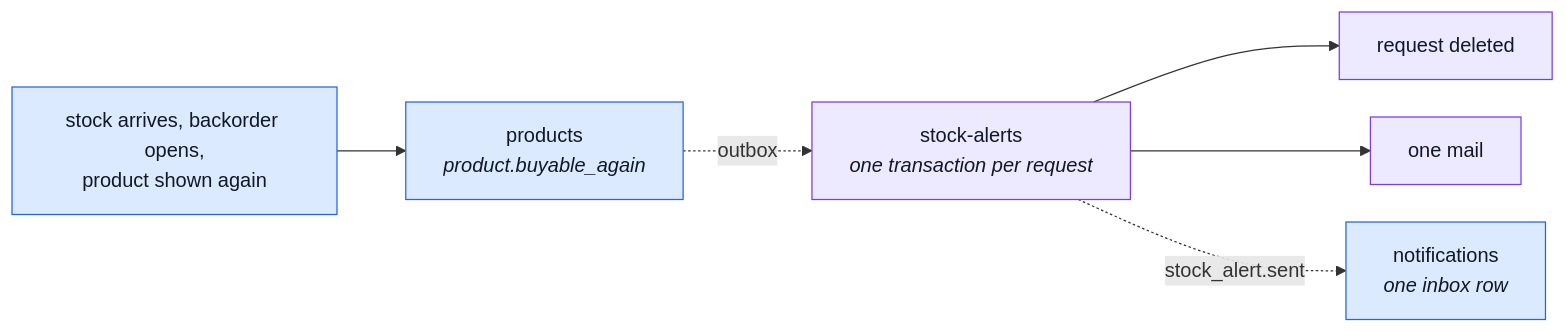
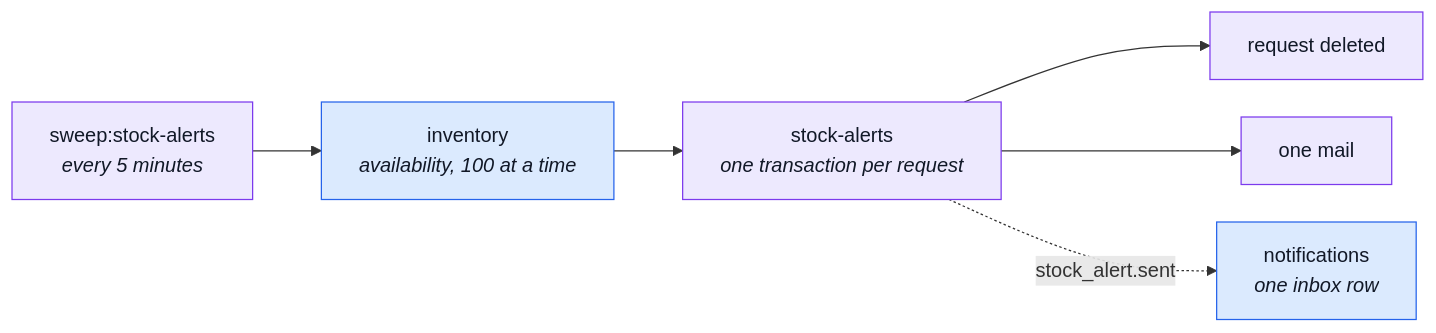
Before and after one commit to Guebbit/boilerplate-node-backend: the second of 2 diagrams in docs/modules/stock-alerts.md, drawn with Mermaid. The commit also changed other lines of this file and 97 other files, not shown here.

First line of the commit message:
refactor(products): drop the stock copy; stock-alerts asks inventory on a 5-minute sweep

````diff
--- a/docs/modules/stock-alerts.md
+++ b/docs/modules/stock-alerts.md
@@ -91,14 +93,14 @@
 ```mermaid
 %%{init: {'flowchart': {'nodeSpacing': 30, 'rankSpacing': 55}}}%%
 flowchart LR
-    S["stock arrives, backorder opens,<br/>product shown again"] --> P["products<br/><i>product.buyable_again</i>"]
-    P -. "outbox" .-> A["stock-alerts<br/><i>one transaction per request</i>"]
+    J["sweep:stock-alerts<br/><i>every 5 minutes</i>"] --> I["inventory<br/><i>availability, 100 at a time</i>"]
+    I --> A["stock-alerts<br/><i>one transaction per request</i>"]
     A --> D["request deleted"]
     A --> M["one mail"]
     A -. "stock_alert.sent" .-> N["notifications<br/><i>one inbox row</i>"]
 
     classDef own fill:#ede9fe,stroke:#7c3aed,color:#111827;
     classDef peer fill:#dbeafe,stroke:#2563eb,color:#111827;
-    class A,D,M own;
-    class S,P,N peer;
+    class J,A,D,M own;
+    class I,N peer;
 ```
````
